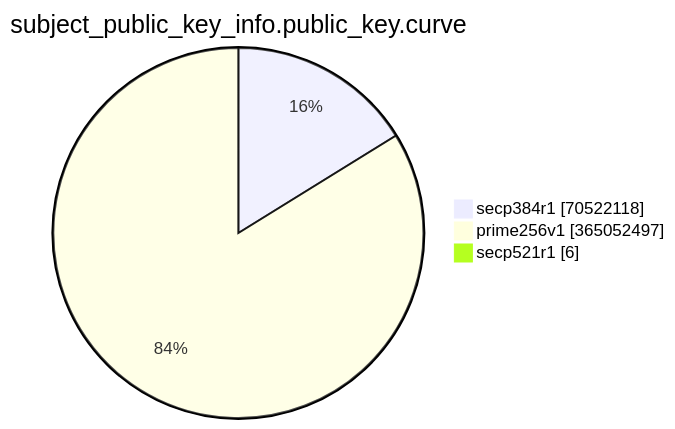
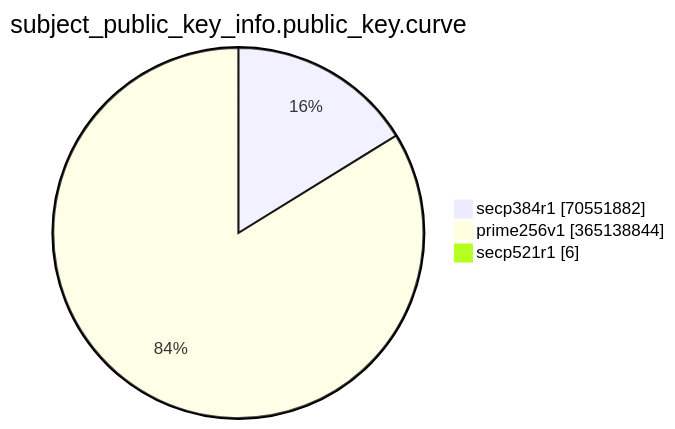
The eighth of 15 diagrams in TOTAL/README.md (christiankrug/ctmonitor_visualization), drawn with Mermaid before and after one commit. The commit also changed other lines of this file, not shown here.

````diff
--- a/TOTAL/README.md
+++ b/TOTAL/README.md
@@ -3092,7 +3092,7 @@
 ```mermaid
 pie showData
 title subject_public_key_info.public_key.curve
-"secp384r1" :70522118
-"prime256v1" :365052497
+"secp384r1" :70551882
+"prime256v1" :365138844
 "secp521r1" :6
 ```
````
